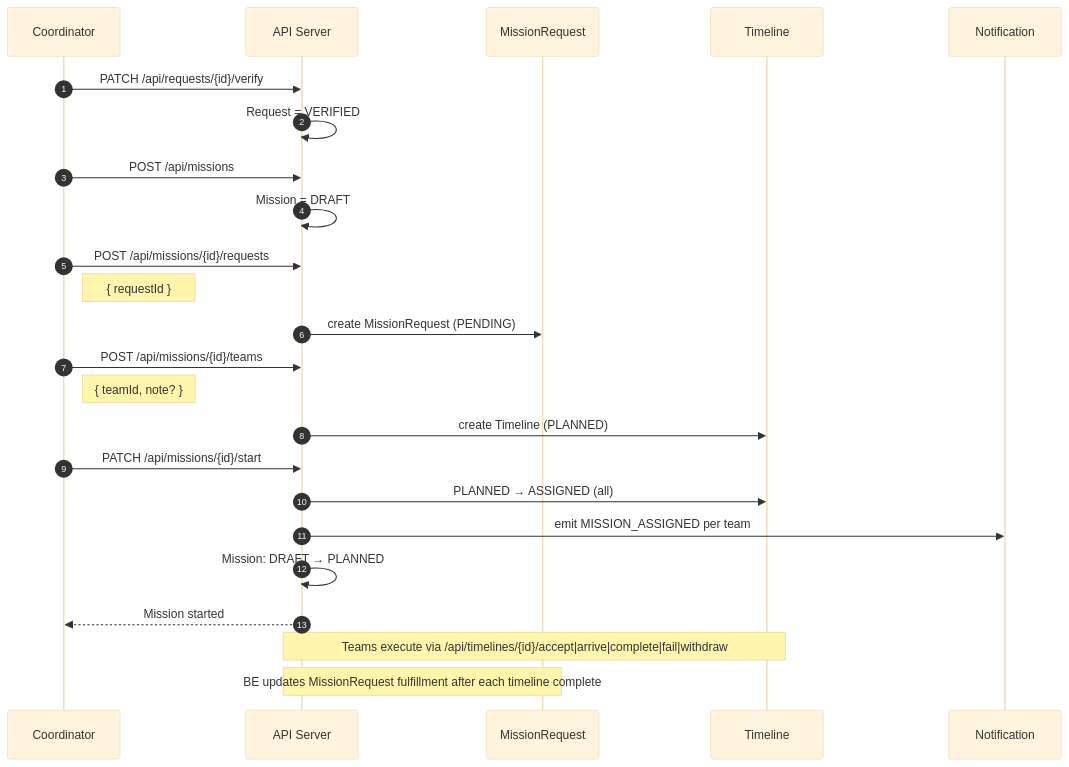
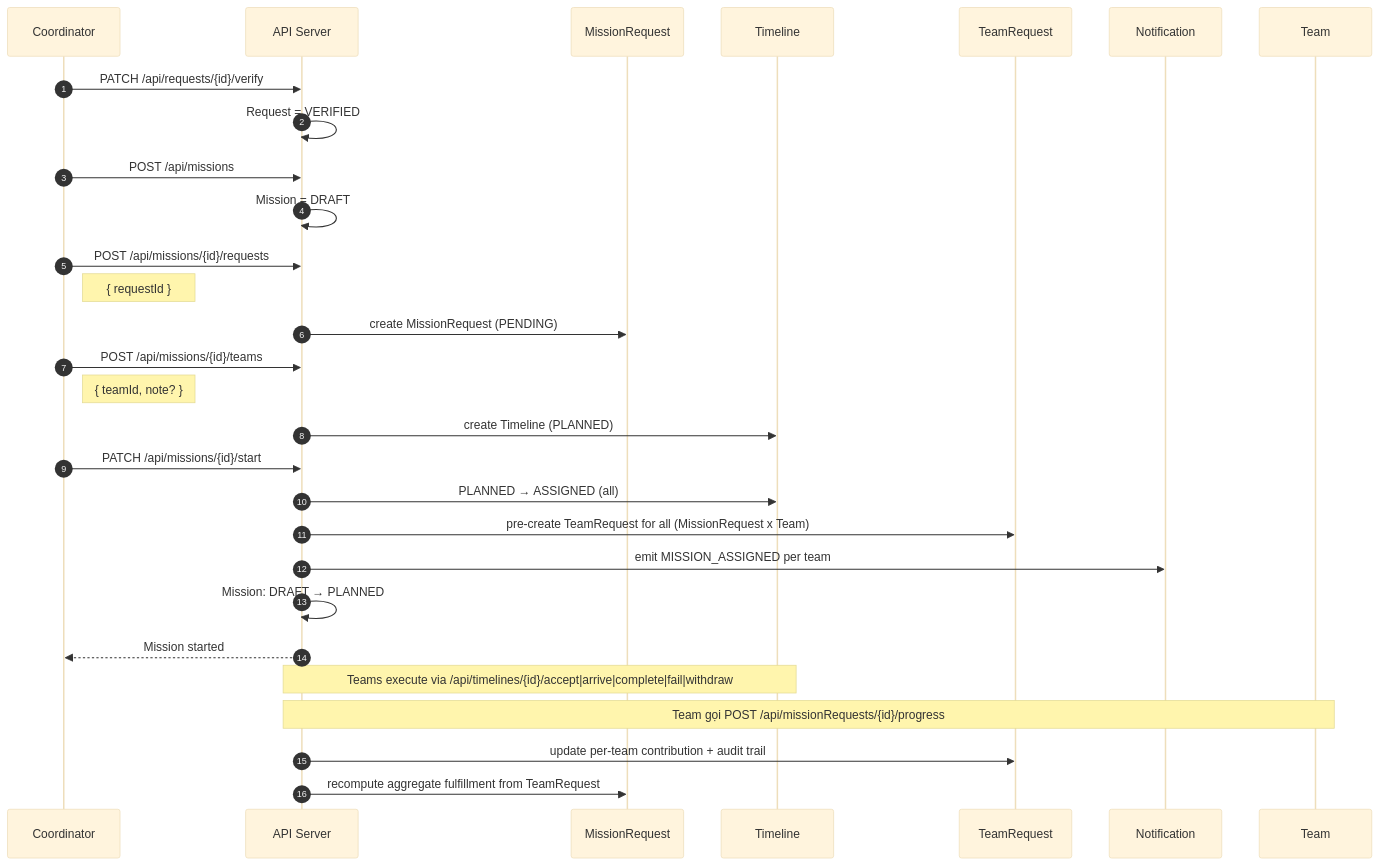
Before and after one commit to phuonganh1609/flood_rescue: the ninth of 9 diagrams in docs/flows/Rescue_flow_2.2.md, drawn with Mermaid (base theme). The commit also changed other lines of this file and 17 other files, not shown here.

Commit message:
feat(mission):  làm thêm model TeamRequest để team cập nhật progress, đồng bộ status và cập nhật docs/api, đã tét

````diff
--- a/docs/flows/Rescue_flow_2.2.md
+++ b/docs/flows/Rescue_flow_2.2.md
@@ -333,32 +346,36 @@
 ```mermaid
 sequenceDiagram
     autonumber
     participant C as Coordinator
     participant API as API Server
     participant MR as MissionRequest
     participant T as Timeline
+    participant TR as TeamRequest
     participant N as Notification
 
     C->>API: PATCH /api/requests/{id}/verify
     API->>API: Request = VERIFIED
 
     C->>API: POST /api/missions
     API->>API: Mission = DRAFT
 
     C->>API: POST /api/missions/{id}/requests
     Note right of C: { requestId }
     API->>MR: create MissionRequest (PENDING)
 
     C->>API: POST /api/missions/{id}/teams
     Note right of C: { teamId, note? }
     API->>T: create Timeline (PLANNED)
 
     C->>API: PATCH /api/missions/{id}/start
     API->>T: PLANNED → ASSIGNED (all)
+    API->>TR: pre-create TeamRequest for all (MissionRequest x Team)
     API->>N: emit MISSION_ASSIGNED per team
     API->>API: Mission: DRAFT → PLANNED
     API-->>C: Mission started
 
     Note over T,API: Teams execute via /api/timelines/{id}/accept|arrive|complete|fail|withdraw
-    Note over MR,API: BE updates MissionRequest fulfillment after each timeline complete
+    Note over Team,API: Team gọi POST /api/missionRequests/{id}/progress
+    API->>TR: update per-team contribution + audit trail
+    API->>MR: recompute aggregate fulfillment from TeamRequest
 ```
````
